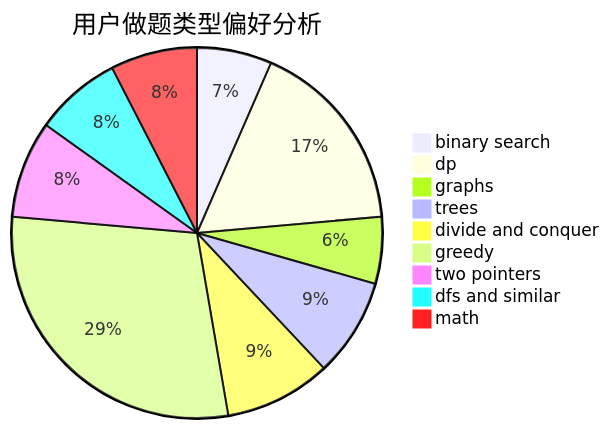
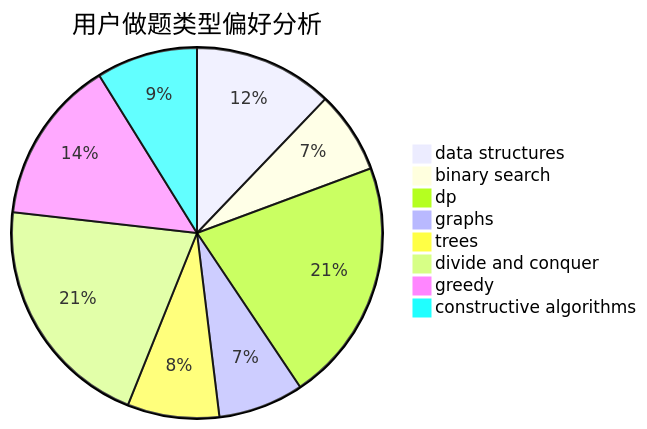
One commit to sherpahu/cfrs.github.io changed the second of 3 diagrams in docs/user/u664.md. Above: the diagram before and after it, drawn with Mermaid. The commit also changed other lines of this file and 2775 other files, not shown here.

````diff
--- a/docs/user/u664.md
+++ b/docs/user/u664.md
@@ -23,12 +23,11 @@
 ```mermaid
 pie title 用户做题类型偏好分析
-    "binary search" :  64
-    "dp" :  167
-    "graphs" :  57
-    "trees" :  84
-    "divide and conquer" :  91
-    "greedy" :  285
-    "two pointers" :  83
-    "dfs and similar" :  74
-    "math" :  74
+    "data structures" :  44
+    "binary search" :  26
+    "dp" :  77
+    "graphs" :  27
+    "trees" :  29
+    "divide and conquer" :  75
+    "greedy" :  52
+    "constructive algorithms" :  32
 ```
````
